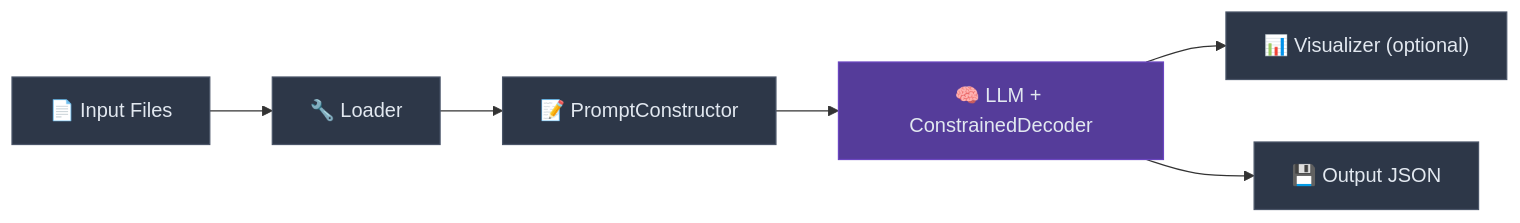
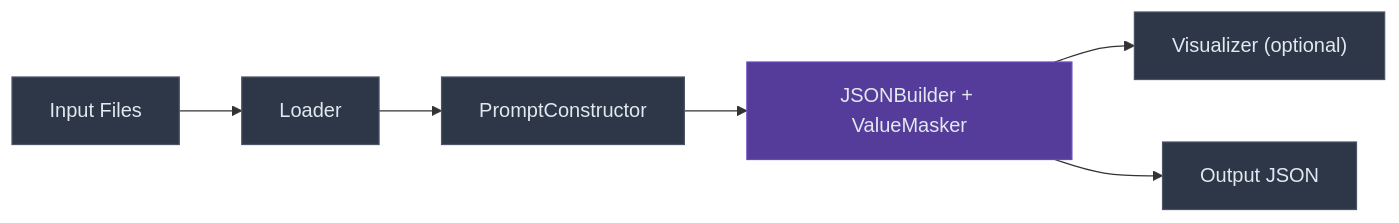
Before and after one commit to creerghost/call_me_maybe: the first of 3 diagrams in README.md, drawn with Mermaid. The commit also changed other lines of this file, not shown here.

Commit message:
docs: update README for JSONBuilder architecture, fix charts and glossary links

````diff
--- a/README.md
+++ b/README.md
@@ -135,15 +141,15 @@
 ```mermaid
 flowchart LR
-    A["📄 Input Files"] --> B["🔧 Loader"]
-    B --> C["📝 PromptConstructor"]
-    C --> D["🧠 LLM + ConstrainedDecoder"]
-    D --> E["📊 Visualizer (optional)"]
-    D --> F["💾 Output JSON"]
+    A["Input Files"] --> B["Loader"]
+    B --> C["PromptConstructor"]
+    C --> D["JSONBuilder + ValueMasker"]
+    D --> E["Visualizer (optional)"]
+    D --> F["Output JSON"]
 
     style A fill:#2d3748,stroke:#4a5568,color:#e2e8f0
     style B fill:#2d3748,stroke:#4a5568,color:#e2e8f0
     style C fill:#2d3748,stroke:#4a5568,color:#e2e8f0
     style D fill:#553c9a,stroke:#6b46c1,color:#e2e8f0
     style E fill:#2d3748,stroke:#4a5568,color:#e2e8f0
     style F fill:#2d3748,stroke:#4a5568,color:#e2e8f0
 ```
````
